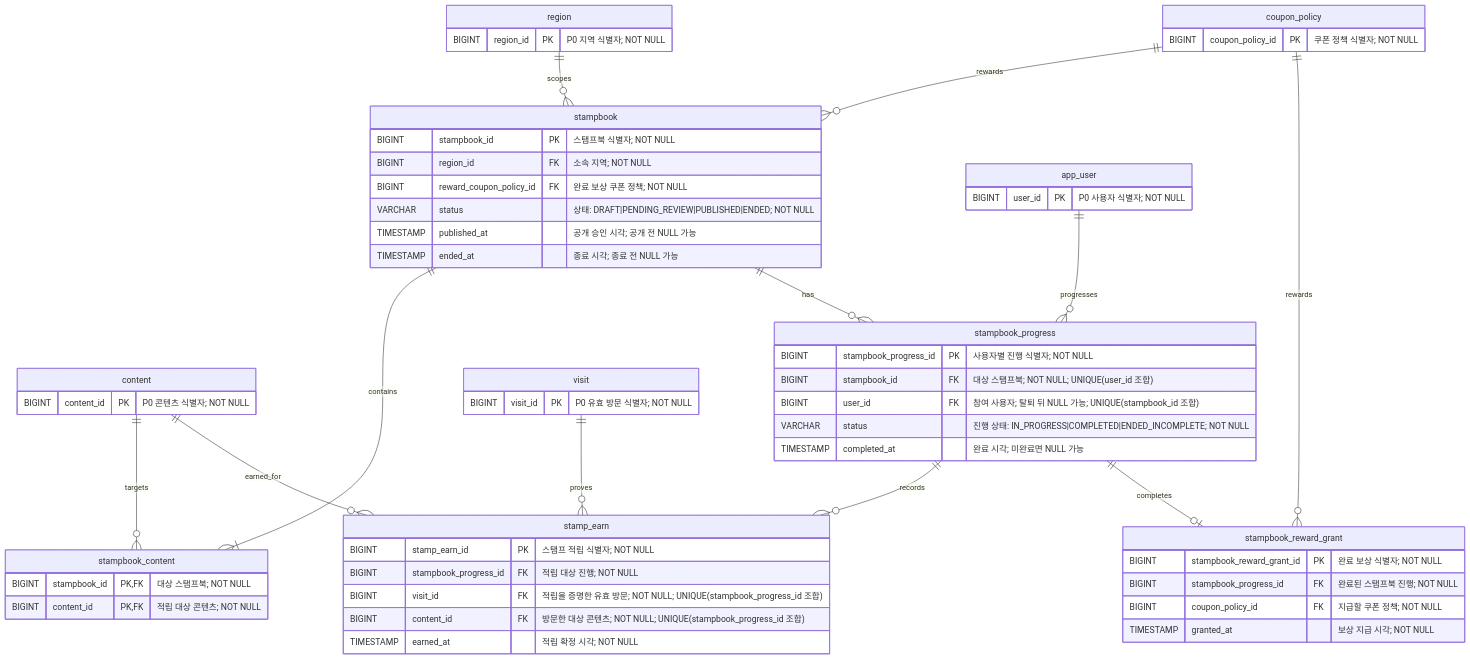
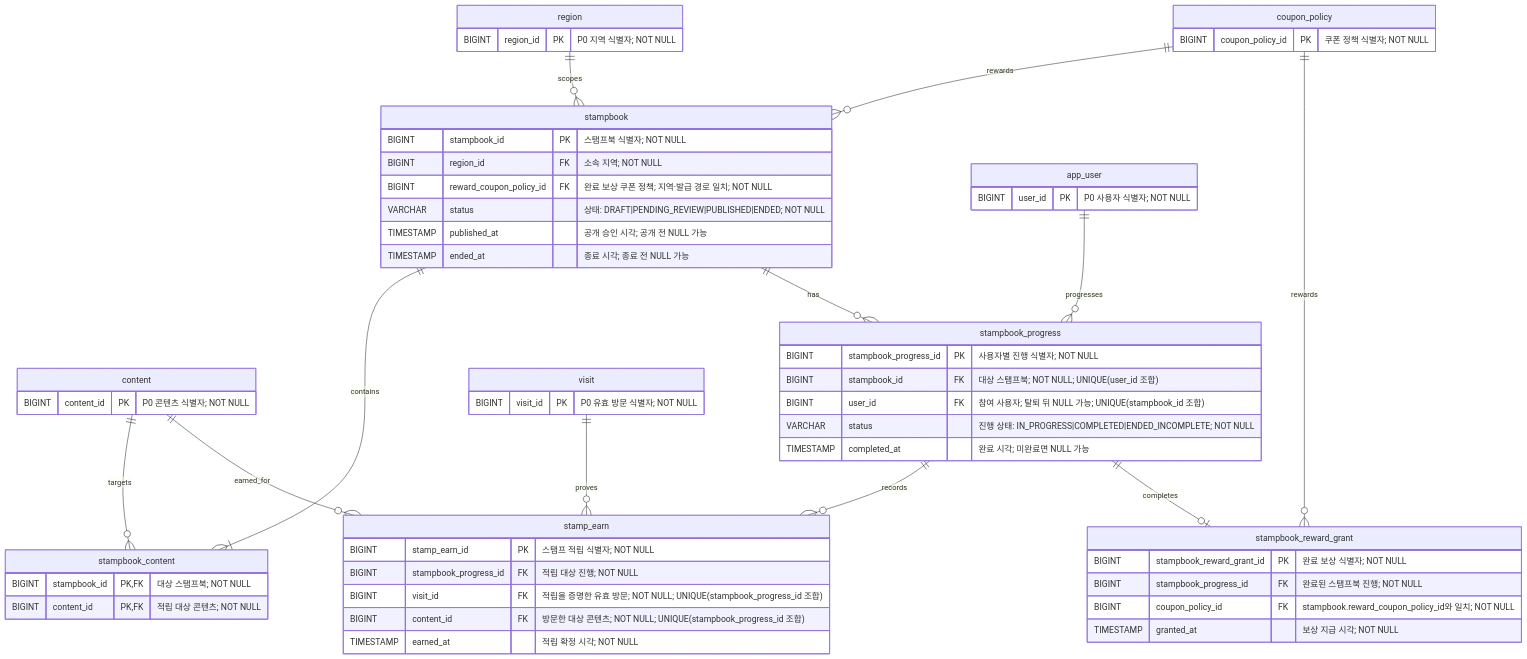
The second of 5 diagrams in docs/p1-erd.md (Gimhae-Yay/Regional-Event-Platform-Backend), drawn with Mermaid before and after one commit. The commit also changed other lines of this file and 6 other files, not shown here.

````diff
--- a/docs/p1-erd.md
+++ b/docs/p1-erd.md
@@ -86,62 +86,62 @@
 ```mermaid
 erDiagram
     region ||--o{ stampbook : scopes
     coupon_policy ||--o{ stampbook : rewards
     content ||--o{ stampbook_content : targets
     stampbook ||--|{ stampbook_content : contains
     stampbook ||--o{ stampbook_progress : has
     app_user ||--o{ stampbook_progress : progresses
     stampbook_progress ||--o{ stamp_earn : records
     content ||--o{ stamp_earn : earned_for
     visit ||--o{ stamp_earn : proves
     stampbook_progress ||--o| stampbook_reward_grant : completes
     coupon_policy ||--o{ stampbook_reward_grant : rewards
 
     app_user {
         BIGINT user_id PK "P0 사용자 식별자; NOT NULL"
     }
     region {
         BIGINT region_id PK "P0 지역 식별자; NOT NULL"
     }
     content {
         BIGINT content_id PK "P0 콘텐츠 식별자; NOT NULL"
     }
     visit {
         BIGINT visit_id PK "P0 유효 방문 식별자; NOT NULL"
     }
     coupon_policy {
         BIGINT coupon_policy_id PK "쿠폰 정책 식별자; NOT NULL"
     }
     stampbook {
         BIGINT stampbook_id PK "스탬프북 식별자; NOT NULL"
         BIGINT region_id FK "소속 지역; NOT NULL"
-        BIGINT reward_coupon_policy_id FK "완료 보상 쿠폰 정책; NOT NULL"
+        BIGINT reward_coupon_policy_id FK "완료 보상 쿠폰 정책; 지역·발급 경로 일치; NOT NULL"
         VARCHAR status "상태: DRAFT|PENDING_REVIEW|PUBLISHED|ENDED; NOT NULL"
         TIMESTAMP published_at "공개 승인 시각; 공개 전 NULL 가능"
         TIMESTAMP ended_at "종료 시각; 종료 전 NULL 가능"
     }
     stampbook_content {
         BIGINT stampbook_id PK, FK "대상 스탬프북; NOT NULL"
         BIGINT content_id PK, FK "적립 대상 콘텐츠; NOT NULL"
     }
     stampbook_progress {
         BIGINT stampbook_progress_id PK "사용자별 진행 식별자; NOT NULL"
         BIGINT stampbook_id FK "대상 스탬프북; NOT NULL; UNIQUE(user_id 조합)"
         BIGINT user_id FK "참여 사용자; 탈퇴 뒤 NULL 가능; UNIQUE(stampbook_id 조합)"
         VARCHAR status "진행 상태: IN_PROGRESS|COMPLETED|ENDED_INCOMPLETE; NOT NULL"
         TIMESTAMP completed_at "완료 시각; 미완료면 NULL 가능"
     }
     stamp_earn {
         BIGINT stamp_earn_id PK "스탬프 적립 식별자; NOT NULL"
         BIGINT stampbook_progress_id FK "적립 대상 진행; NOT NULL"
         BIGINT visit_id FK "적립을 증명한 유효 방문; NOT NULL; UNIQUE(stampbook_progress_id 조합)"
         BIGINT content_id FK "방문한 대상 콘텐츠; NOT NULL; UNIQUE(stampbook_progress_id 조합)"
         TIMESTAMP earned_at "적립 확정 시각; NOT NULL"
     }
     stampbook_reward_grant {
         BIGINT stampbook_reward_grant_id PK "완료 보상 식별자; NOT NULL"
         BIGINT stampbook_progress_id FK "완료된 스탬프북 진행; NOT NULL"
-        BIGINT coupon_policy_id FK "지급할 쿠폰 정책; NOT NULL"
+        BIGINT coupon_policy_id FK "stampbook.reward_coupon_policy_id와 일치; NOT NULL"
         TIMESTAMP granted_at "보상 지급 시각; NOT NULL"
     }
 ```
````
